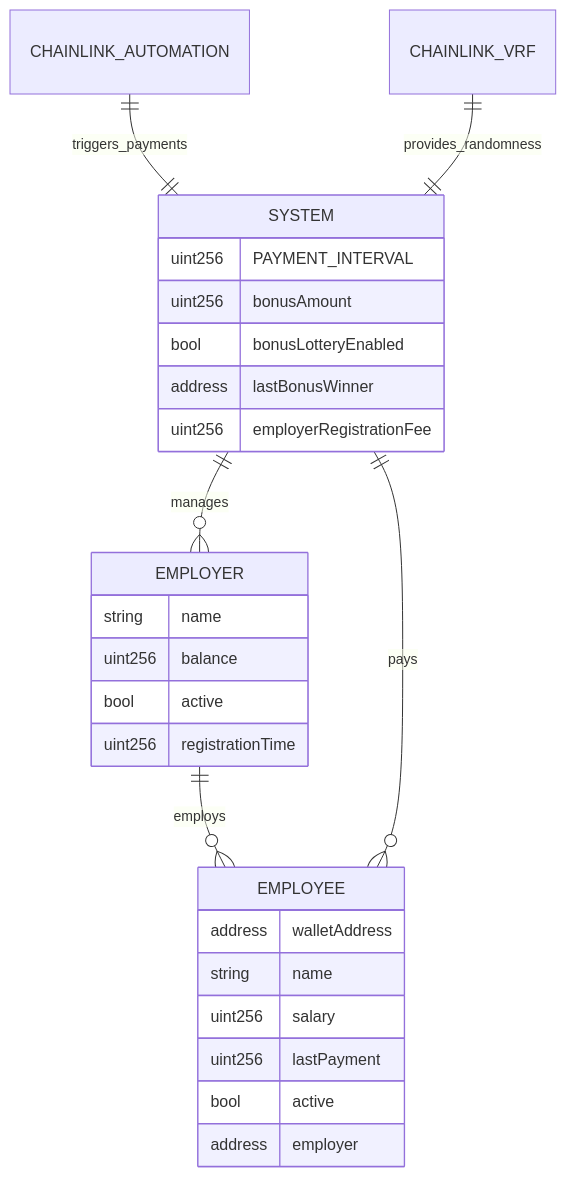
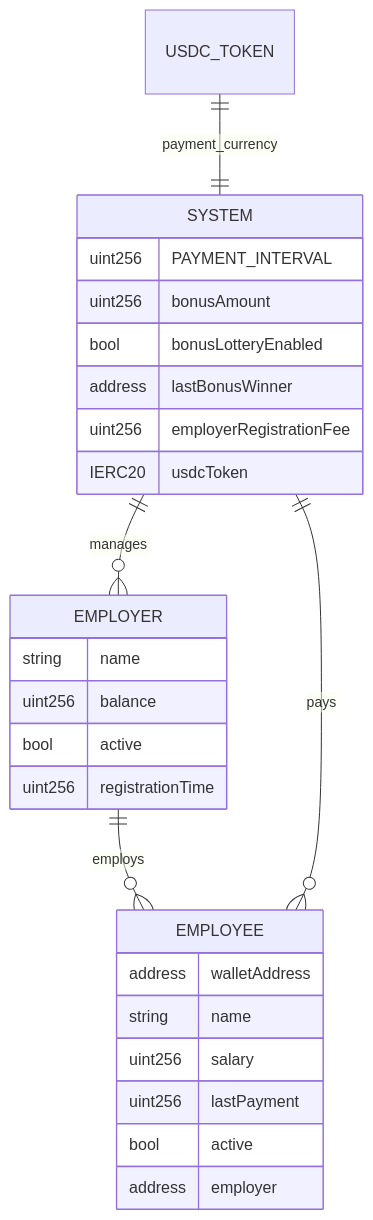
The first of 2 diagrams in README.md (bri-anadi/opera), drawn with Mermaid before and after one commit. The commit also changed other lines of this file and 4 other files, not shown here.

````diff
--- a/README.md
+++ b/README.md
@@ -9,33 +5,32 @@
 ```mermaid
 erDiagram
     EMPLOYER ||--o{ EMPLOYEE : employs
     EMPLOYER {
         string name
         uint256 balance
         bool active
         uint256 registrationTime
     }
 
     EMPLOYEE {
         address walletAddress
         string name
         uint256 salary
         uint256 lastPayment
         bool active
         address employer
     }
 
     SYSTEM {
         uint256 PAYMENT_INTERVAL
         uint256 bonusAmount
         bool bonusLotteryEnabled
         address lastBonusWinner
         uint256 employerRegistrationFee
+        IERC20 usdcToken
     }
 
+    USDC_TOKEN ||--|| SYSTEM : payment_currency
     SYSTEM ||--o{ EMPLOYER : manages
     SYSTEM ||--o{ EMPLOYEE : pays
-
-    CHAINLINK_AUTOMATION ||--|| SYSTEM : triggers_payments
-    CHAINLINK_VRF ||--|| SYSTEM : provides_randomness
 ```
````
